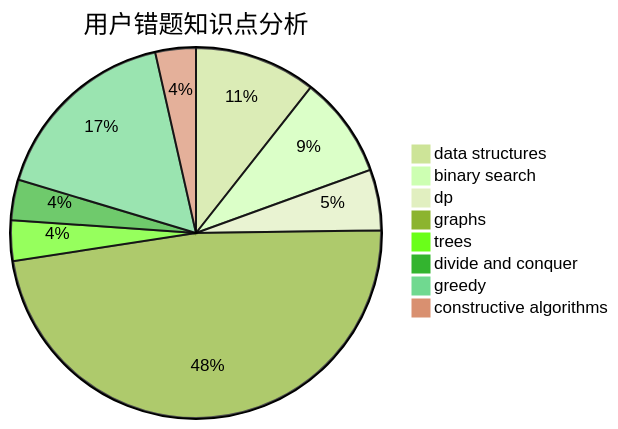
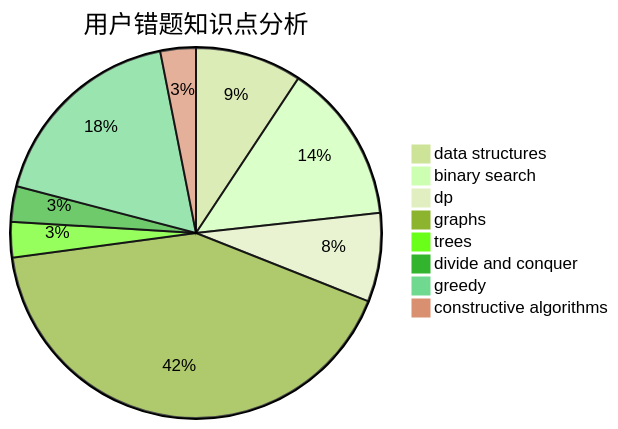
Before and after one commit to sherpahu/cfrs.github.io: the third of 3 diagrams in docs/user/u1926.md, drawn with Mermaid (forest theme). The commit also changed other lines of this file and 2770 other files, not shown here.

````diff
--- a/docs/user/u1926.md
+++ b/docs/user/u1926.md
@@ -36,11 +36,11 @@
 ```mermaid
 pie title 用户错题知识点分析
     "data structures" :  12
-    "binary search" :  10
-    "dp" :  6
+    "binary search" :  18
+    "dp" :  10
     "graphs" :  54
     "trees" :  4
     "divide and conquer" :  4
-    "greedy" :  19
+    "greedy" :  23
     "constructive algorithms" :  4
 ```
````
